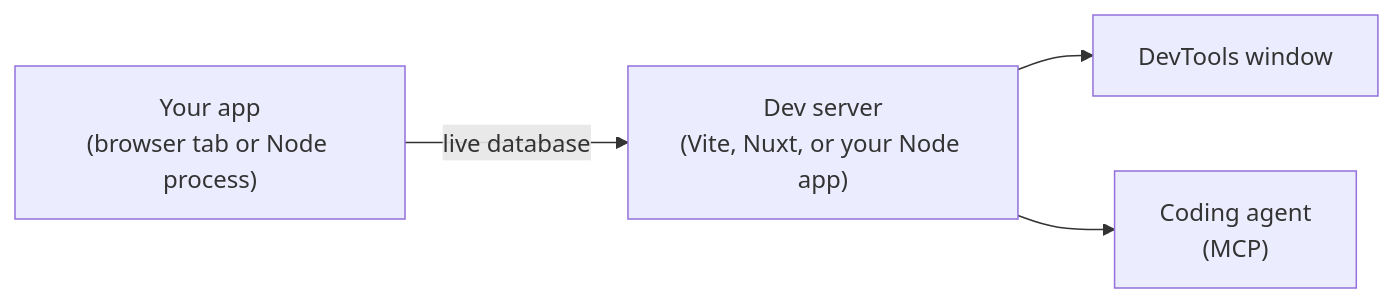
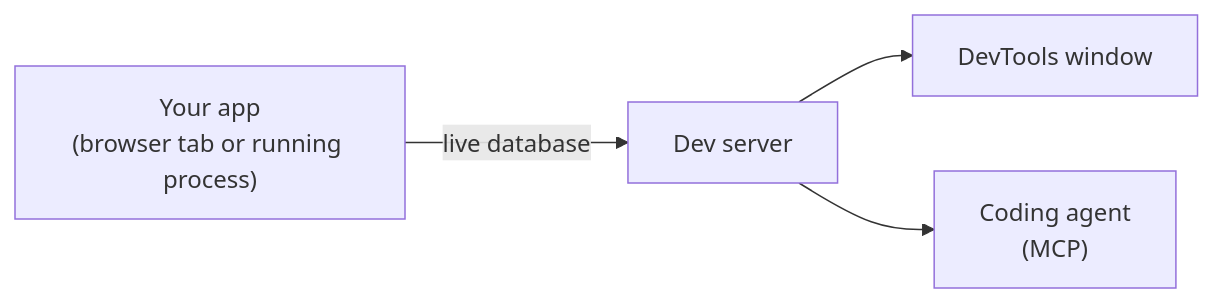
The diagram in tools/devtools-overview.mdx (powersync-ja/powersync-docs), drawn with Mermaid before and after one commit. The commit also changed other lines of this file and 10 other files, not shown here.

````diff
--- a/tools/devtools-overview.mdx
+++ b/tools/devtools-overview.mdx
@@ -33,6 +33,6 @@
 ```mermaid
 flowchart LR
-  App["Your app<br/>(browser tab or Node process)"] -- "live database" --> Host["Dev server<br/>(Vite, Nuxt, or your Node app)"]
+  App["Your app<br/>(browser tab or running process)"] -- "live database" --> Host["Dev server"]
   Host --> UI["DevTools window"]
   Host --> Agent["Coding agent<br/>(MCP)"]
 ```
````
